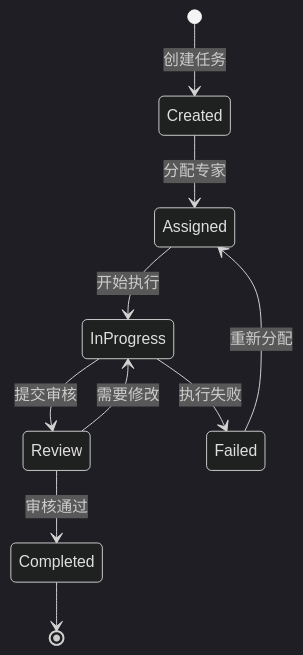
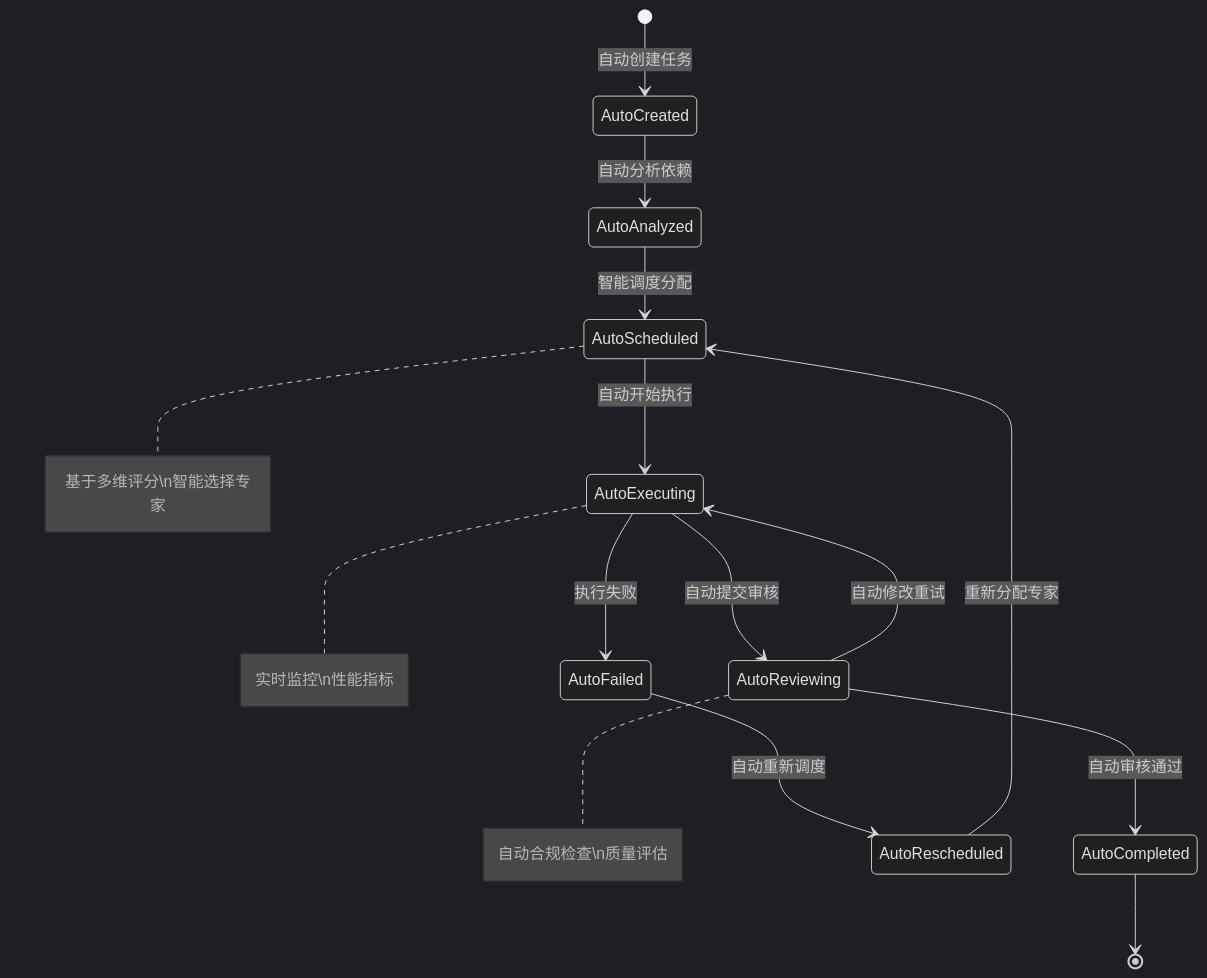
Before and after one commit to ai-fly/Mercatus: the diagram in documents/PLANNING.md, drawn with Mermaid (dark theme). The commit also changed other lines of this file and 7 other files, not shown here.

````diff
--- a/documents/PLANNING.md
+++ b/documents/PLANNING.md
@@ -162,12 +224,18 @@
 ```mermaid
 stateDiagram-v2
-    [*] --> Created: 创建任务
-    Created --> Assigned: 分配专家
-    Assigned --> InProgress: 开始执行
-    InProgress --> Review: 提交审核
-    Review --> Completed: 审核通过
-    Review --> InProgress: 需要修改
-    InProgress --> Failed: 执行失败
-    Failed --> Assigned: 重新分配
-    Completed --> [*]
+    [*] --> AutoCreated: 自动创建任务
+    AutoCreated --> AutoAnalyzed: 自动分析依赖
+    AutoAnalyzed --> AutoScheduled: 智能调度分配
+    AutoScheduled --> AutoExecuting: 自动开始执行
+    AutoExecuting --> AutoReviewing: 自动提交审核
+    AutoReviewing --> AutoCompleted: 自动审核通过
+    AutoReviewing --> AutoExecuting: 自动修改重试
+    AutoExecuting --> AutoFailed: 执行失败
+    AutoFailed --> AutoRescheduled: 自动重新调度
+    AutoRescheduled --> AutoScheduled: 重新分配专家
+    AutoCompleted --> [*]
+    
+    note right of AutoScheduled: 基于多维评分\n智能选择专家
+    note right of AutoExecuting: 实时监控\n性能指标
+    note right of AutoReviewing: 自动合规检查\n质量评估
 ```
````
